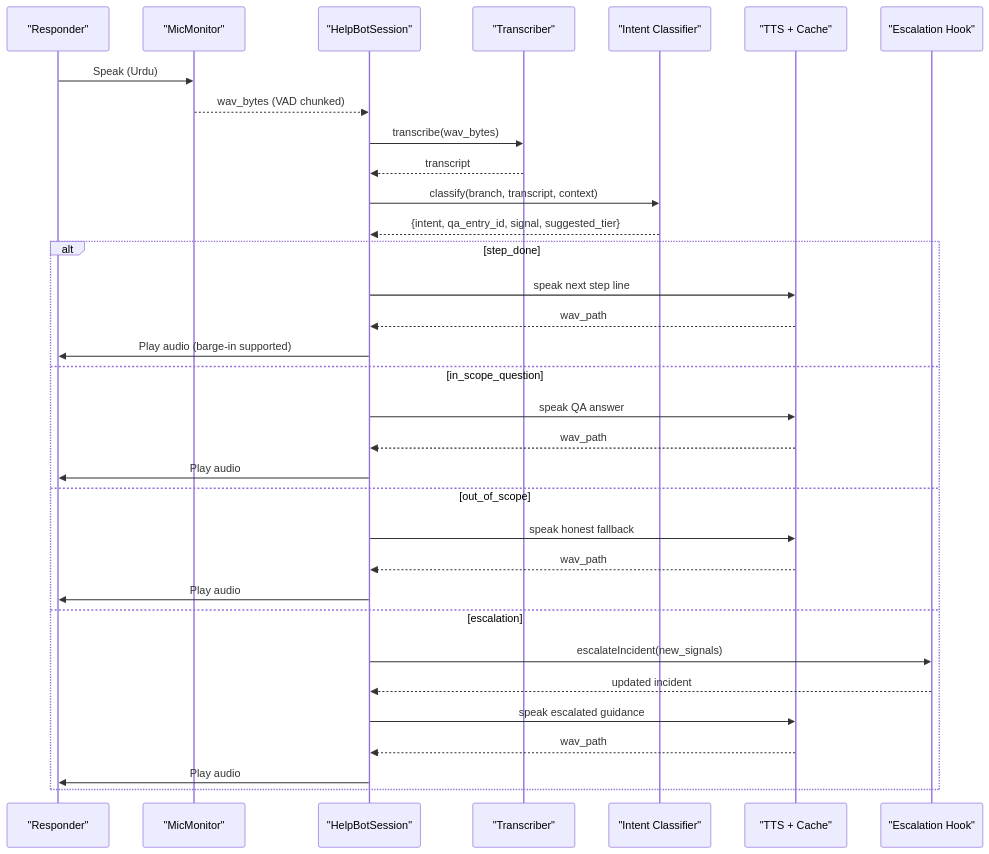
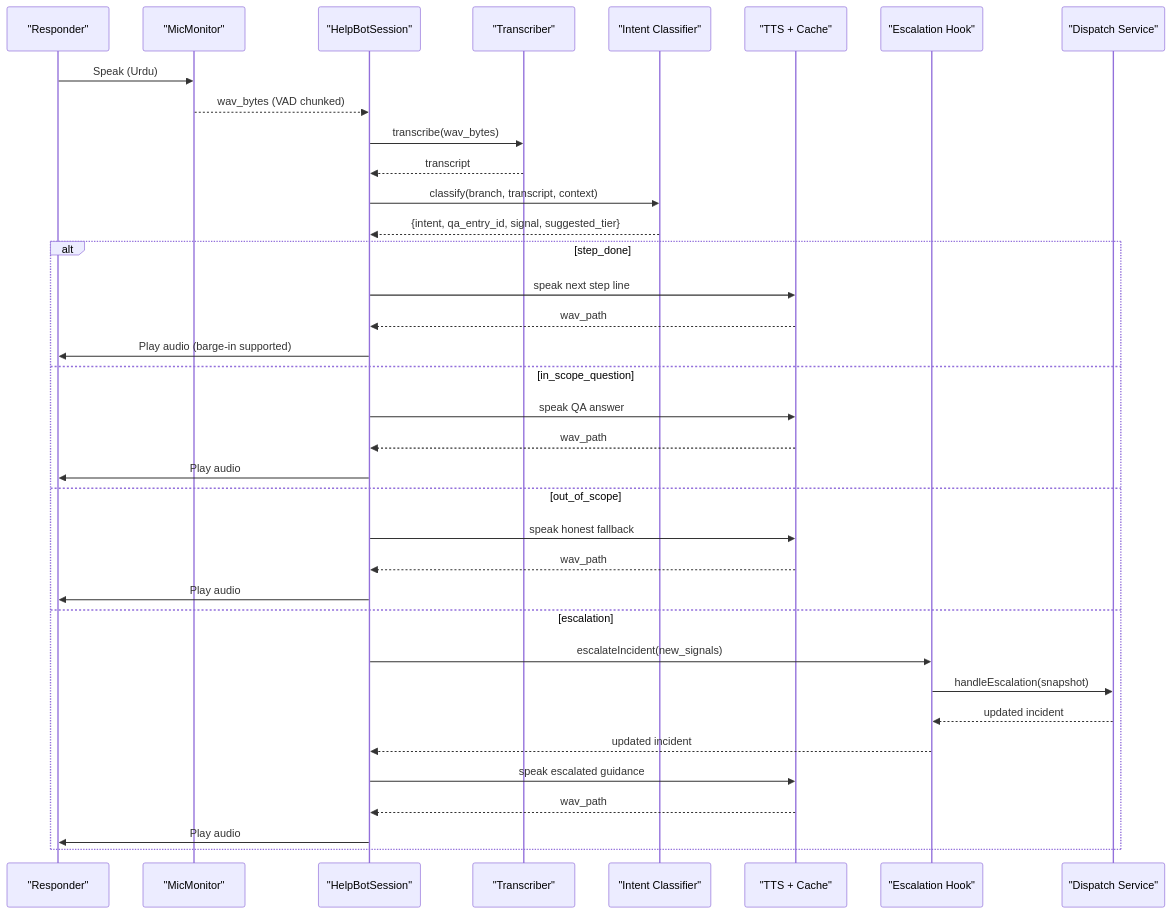
Before and after one commit to M-Rumman/LifeLine-Ride: the second of 5 diagrams in .qoder/repowiki/en/content/Responder Help Bot/Responder Help Bot.md, drawn with Mermaid. The commit also changed other lines of this file and 4121 other files, not shown here.

````diff
--- a/.qoder/repowiki/en/content/Responder Help Bot/Responder Help Bot.md
+++ b/.qoder/repowiki/en/content/Responder Help Bot/Responder Help Bot.md
@@ -116,35 +124,38 @@
 ```mermaid
 sequenceDiagram
 participant R as "Responder"
 participant M as "MicMonitor"
 participant S as "HelpBotSession"
 participant STT as "Transcriber"
 participant INT as "Intent Classifier"
 participant TTS as "TTS + Cache"
 participant ESC as "Escalation Hook"
+participant DIS as "Dispatch Service"
 R->>M : Speak (Urdu)
 M-->>S : wav_bytes (VAD chunked)
 S->>STT : transcribe(wav_bytes)
 STT-->>S : transcript
 S->>INT : classify(branch, transcript, context)
 INT-->>S : {intent, qa_entry_id, signal, suggested_tier}
 alt step_done
 S->>TTS : speak next step line
 TTS-->>S : wav_path
 S->>R : Play audio (barge-in supported)
 else in_scope_question
 S->>TTS : speak QA answer
 TTS-->>S : wav_path
 S->>R : Play audio
 else out_of_scope
 S->>TTS : speak honest fallback
 TTS-->>S : wav_path
 S->>R : Play audio
 else escalation
 S->>ESC : escalateIncident(new_signals)
+ESC->>DIS : handleEscalation(snapshot)
+DIS-->>ESC : updated incident
 ESC-->>S : updated incident
 S->>TTS : speak escalated guidance
 TTS-->>S : wav_path
 S->>R : Play audio
 end
 ```
````
